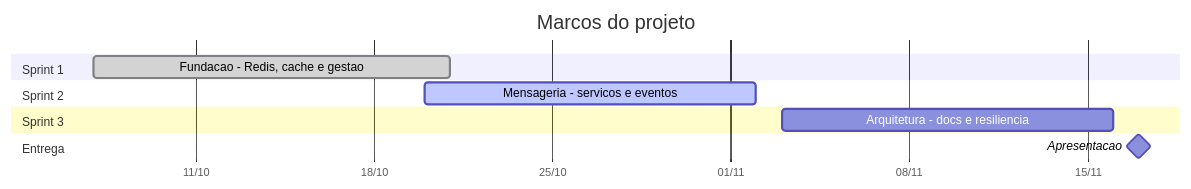
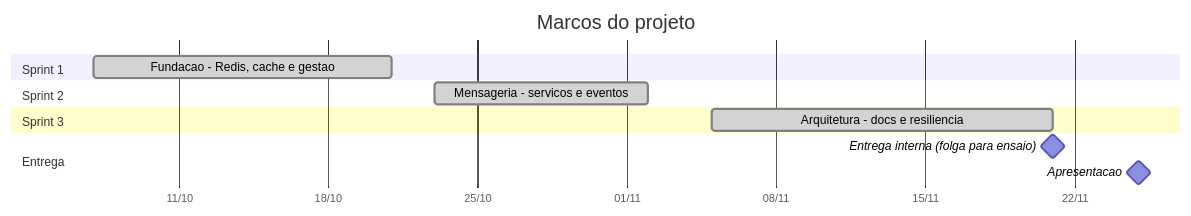
The diagram in docs/gestao/pm-canvas.md (JoaoVitorMcz/pcforge), drawn with Mermaid before and after one commit. The commit also changed other lines of this file and 2 other files, not shown here.

Commit message:
docs: alinhar backlog e PM Canvas ao Jira e atualizar runbook (SCRUM-16)
Backlog com pontos, sprints e responsáveis conferidos no Jira em 25/11 (43/36/32), datas reais de encerramento e nota sobre a SCRUM-48. PM Canvas com a Sprint 2 de 23/10 a 02/11 e o gantt até a apresentação em 25/11. Runbook descreve o circuit breaker da SCRUM-35.

````diff
--- a/docs/gestao/pm-canvas.md
+++ b/docs/gestao/pm-canvas.md
@@ -127,18 +127,19 @@
 ```mermaid
 gantt
     title Marcos do projeto
     dateFormat YYYY-MM-DD
     axisFormat %d/%m
 
     section Sprint 1
     Fundacao - Redis, cache e gestao    :done, s1, 2026-10-07, 2026-10-21
 
     section Sprint 2
-    Mensageria - servicos e eventos     :active, s2, 2026-10-20, 2026-11-02
+    Mensageria - servicos e eventos     :done, s2, 2026-10-23, 2026-11-02
 
     section Sprint 3
-    Arquitetura - docs e resiliencia    :s3, 2026-11-03, 2026-11-16
+    Arquitetura - docs e resiliencia    :done, s3, 2026-11-05, 2026-11-21
 
     section Entrega
-    Apresentacao                        :milestone, m1, 2026-11-17, 0d
+    Entrega interna (folga para ensaio) :milestone, m1, 2026-11-21, 0d
+    Apresentacao                        :milestone, m2, 2026-11-25, 0d
 ```
````
